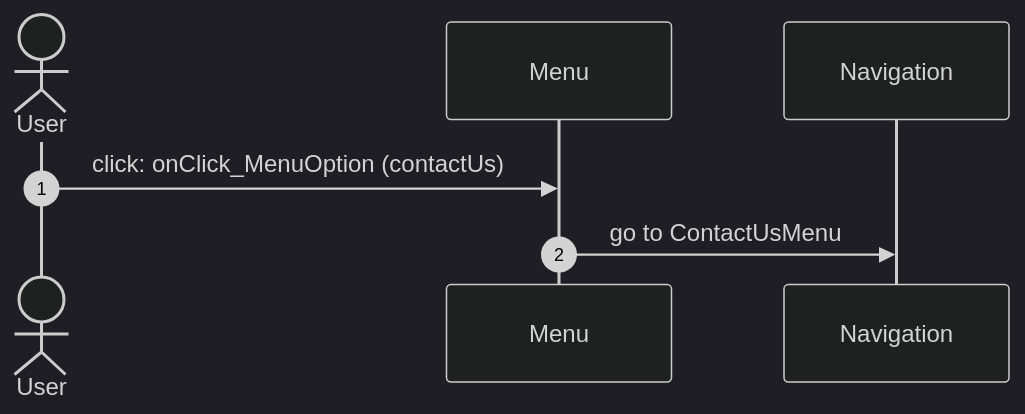
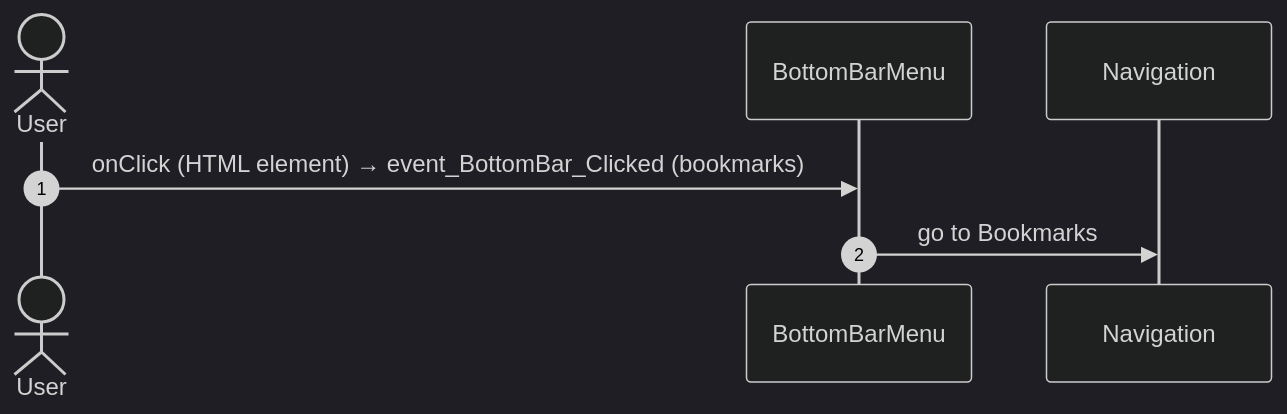
The fifth of 37 diagrams in migration/route-actions/Menu.md (Phoenix-DX/connect-new-ui), drawn with Mermaid (dark theme) before and after one commit. The commit also changed other lines of this file and 9 other files, not shown here.

Commit message:
route actions: facts only; user actions as two independent lists (OutSystems view bindings, React JSX bindings) with Mermaid sequences; factual call columns (direct caller, chains, React references); app shell by definition (survey shell, main.tsx code); constants read for React paths

````diff
--- a/migration/route-actions/Menu.md
+++ b/migration/route-actions/Menu.md
@@ -199,9 +162,9 @@
 ```mermaid
 sequenceDiagram
   autonumber
   actor U as User
-  participant B as Menu
+  participant B as BottomBarMenu
   participant N as Navigation
-  U->>B: click: onClick_MenuOption (contactUs)
-  B->>N: go to ContactUsMenu
+  U->>B: onClick (HTML element) → event_BottomBar_Clicked (bookmarks)
+  B->>N: go to Bookmarks
 ```
````
